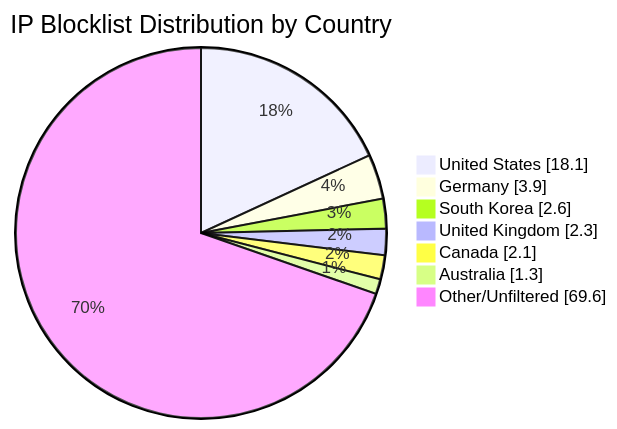
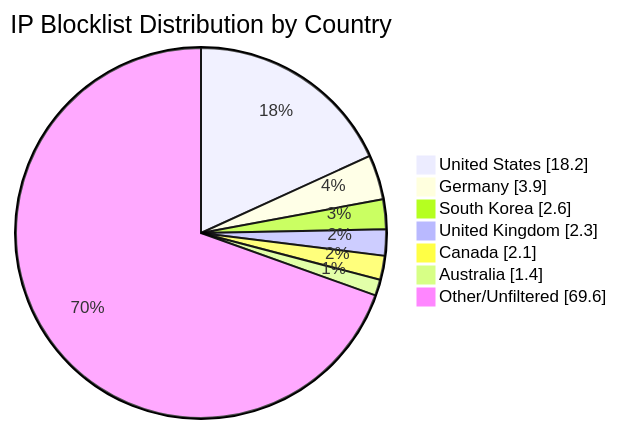
Before and after one commit to MarcusHoltz/ipblocklist-geofiltered-aggregator: the diagram in README.md, drawn with Mermaid. The commit also changed other lines of this file and 9 other files, not shown here.

````diff
--- a/README.md
+++ b/README.md
@@ -34,10 +34,10 @@
 ```mermaid
 pie showData title IP Blocklist Distribution by Country
-"United States" : 18.1
+"United States" : 18.2
 "Germany" : 3.9
 "South Korea" : 2.6
 "United Kingdom" : 2.3
 "Canada" : 2.1
-"Australia" : 1.3
+"Australia" : 1.4
 "Other/Unfiltered" : 69.6
 ```
````
